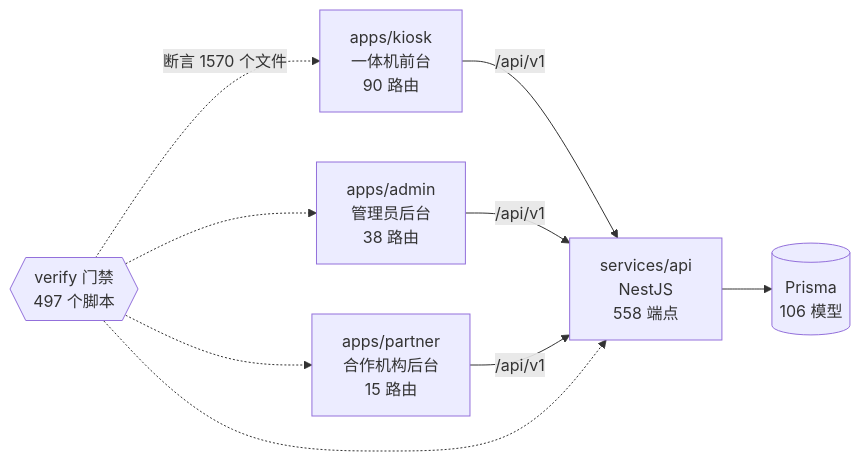
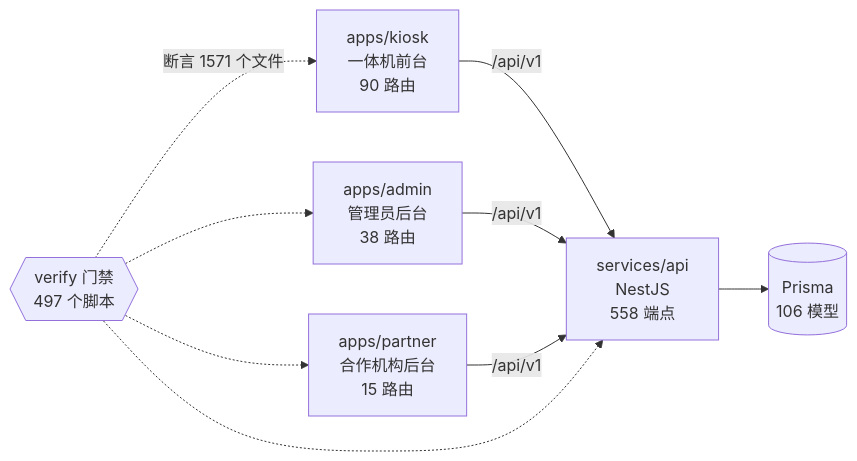
Before and after one commit to wanglei581/YITIJI: the diagram in docs/graph/README.md, drawn with Mermaid. The commit also changed other lines of this file and 2 other files, not shown here.

Commit message:
docs(graph): regenerate

````diff
--- a/docs/graph/README.md
+++ b/docs/graph/README.md
@@ -68,18 +68,18 @@
 ```mermaid
 flowchart LR
   kiosk["apps/kiosk<br/>一体机前台<br/>90 路由"]
   admin["apps/admin<br/>管理员后台<br/>38 路由"]
   partner["apps/partner<br/>合作机构后台<br/>15 路由"]
   api["services/api<br/>NestJS<br/>558 端点"]
   db[("Prisma<br/>106 模型")]
   gates{{"verify 门禁<br/>497 个脚本"}}
 
   kiosk -->|"/api/v1"| api
   admin -->|"/api/v1"| api
   partner -->|"/api/v1"| api
   api --> db
-  gates -.->|"断言 1570 个文件"| kiosk
+  gates -.->|"断言 1571 个文件"| kiosk
   gates -.-> admin
   gates -.-> partner
   gates -.-> api
 ```
````
